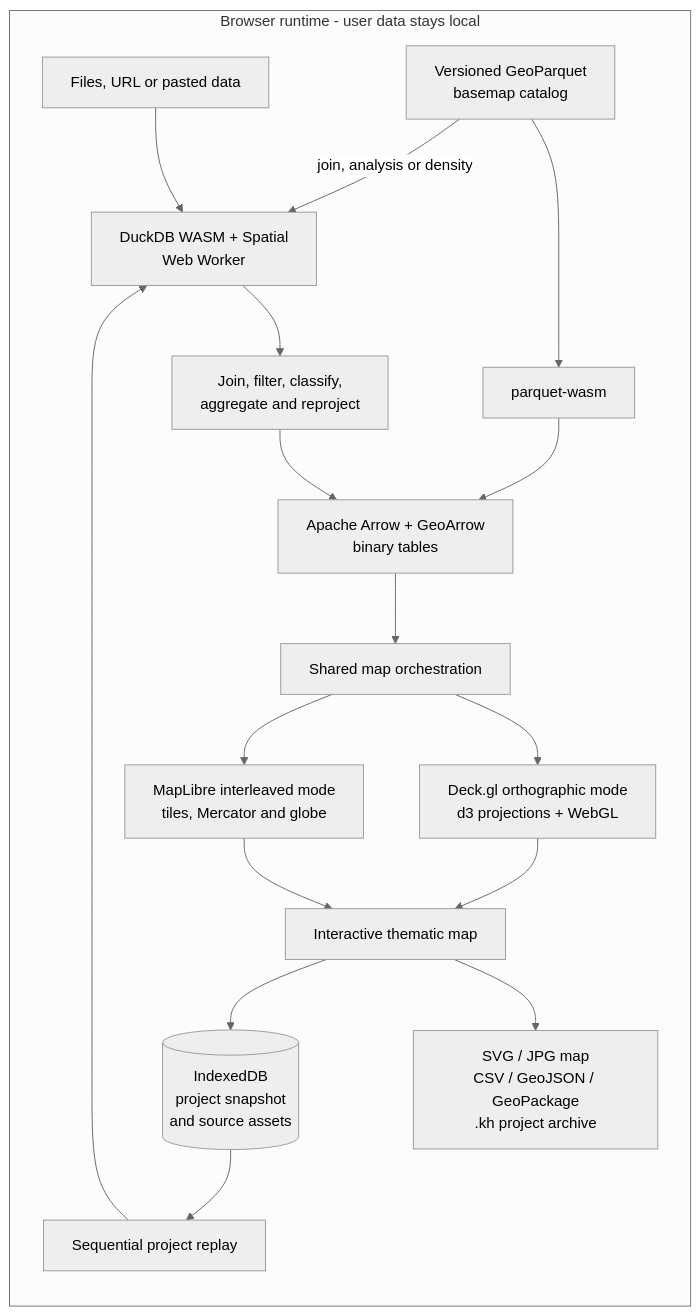
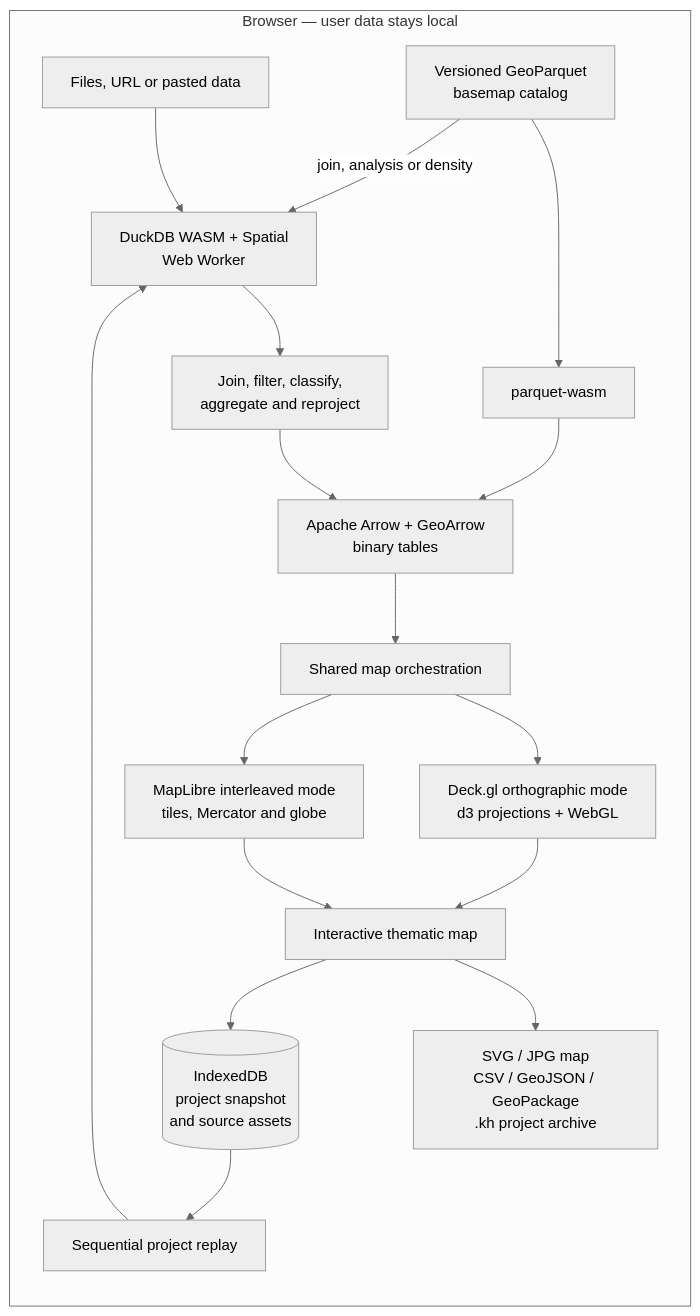
Before and after one commit to AtelierCartographie/khartis-v3: the diagram in README.md, drawn with Mermaid (neutral theme). The commit also changed other lines of this file and 18 other files, not shown here.

Commit message:
docs: clean up contributor and architecture documentation

````diff
--- a/README.md
+++ b/README.md
@@ -122,29 +118,29 @@
 ```mermaid
 flowchart LR
-  subgraph Browser["Browser runtime - user data stays local"]
+  subgraph Browser["Browser — user data stays local"]
     Inputs["Files, URL or pasted data"]
     Duck["DuckDB WASM + Spatial<br/>Web Worker"]
     Ops["Join, filter, classify,<br/>aggregate and reproject"]
     Arrow["Apache Arrow + GeoArrow<br/>binary tables"]
     Render["Shared map orchestration"]
     Deck["Deck.gl orthographic mode<br/>d3 projections + WebGL"]
     MapLibre["MapLibre interleaved mode<br/>tiles, Mercator and globe"]
     Canvas["Interactive thematic map"]
 
     Catalog["Versioned GeoParquet<br/>basemap catalog"]
     Parquet["parquet-wasm"]
 
     IDB[("IndexedDB<br/>project snapshot<br/>and source assets")]
     Replay["Sequential project replay"]
 
     Export["SVG / JPG map<br/>CSV / GeoJSON / GeoPackage<br/>.kh project archive"]
   end
 
   Inputs --> Duck --> Ops --> Arrow --> Render
   Catalog --> Parquet --> Arrow
   Catalog -->|join, analysis or density| Duck
   Render --> Deck --> Canvas
   Render --> MapLibre --> Canvas
   Canvas --> Export
   Canvas --> IDB --> Replay --> Duck
 ```
````
